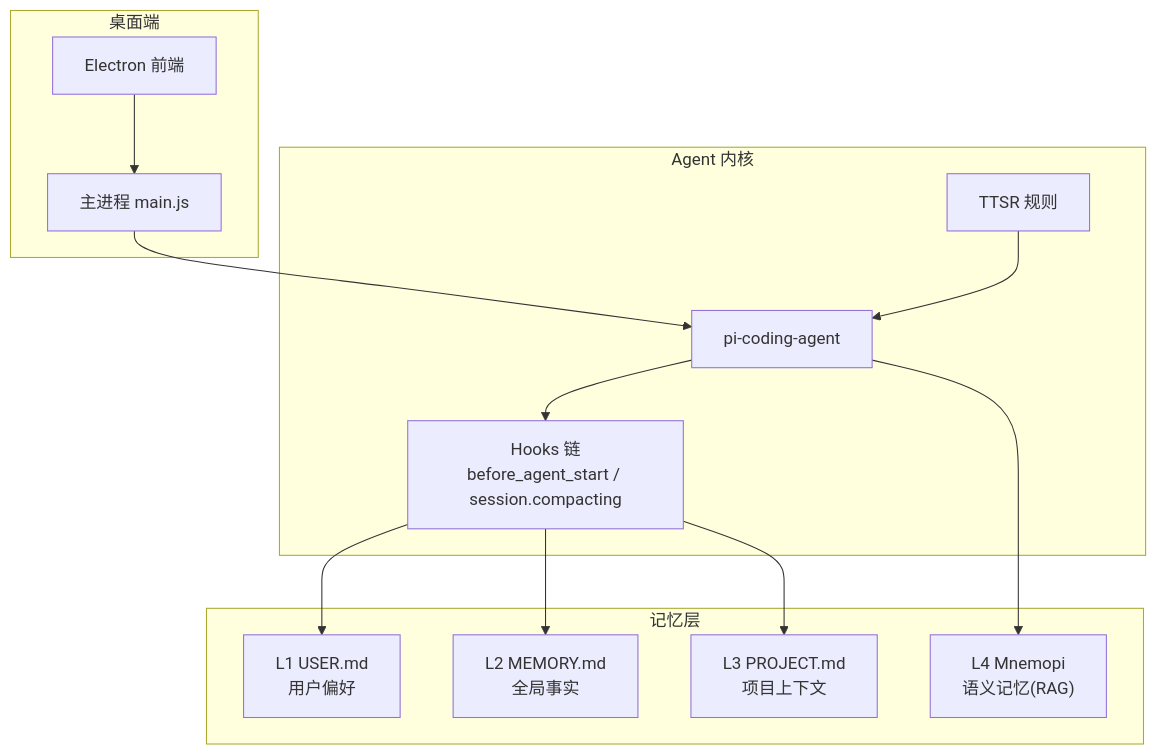
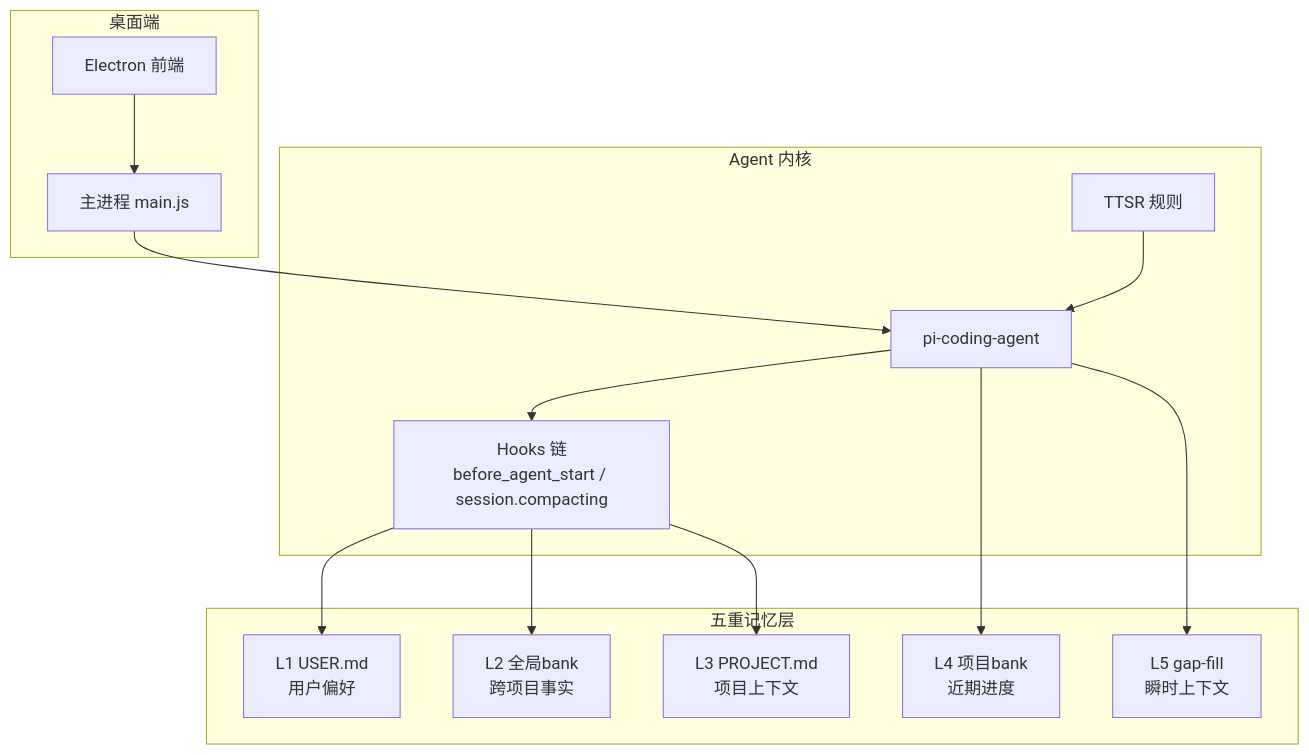
One commit to swond-Mao/Tiffa changed the first of 7 diagrams in .qoder/repowiki/zh/content/记忆系统/四重记忆架构概览.md. Above: the diagram before and after it, drawn with Mermaid. The commit also changed other lines of this file and 73 other files, not shown here.

First line of the commit message:
feat: Tiffa 品牌图标 + Computer Use v2 + WebP 静默崩修复

````diff
--- a/.qoder/repowiki/zh/content/记忆系统/四重记忆架构概览.md
+++ b/.qoder/repowiki/zh/content/记忆系统/四重记忆架构概览.md
@@ -31,26 +40,28 @@
 ```mermaid
 graph TB
 subgraph "桌面端"
 UI["Electron 前端"]
 Main["主进程 main.js"]
 end
 subgraph "Agent 内核"
 Agent["pi-coding-agent"]
 Hooks["Hooks 链<br/>before_agent_start / session.compacting"]
 Rules["TTSR 规则"]
 end
-subgraph "记忆层"
+subgraph "五重记忆层"
 L1["L1 USER.md<br/>用户偏好"]
-L2["L2 MEMORY.md<br/>全局事实"]
+L2["L2 全局bank<br/>跨项目事实"]
 L3["L3 PROJECT.md<br/>项目上下文"]
-L4["L4 Mnemopi<br/>语义记忆(RAG)"]
+L4["L4 项目bank<br/>近期进度"]
+L5["L5 gap-fill<br/>瞬时上下文"]
 end
 UI --> Main
 Main --> Agent
 Agent --> Hooks
 Hooks --> L1
 Hooks --> L2
 Hooks --> L3
 Agent --> L4
+Agent --> L5
 Rules --> Agent
 ```
````
